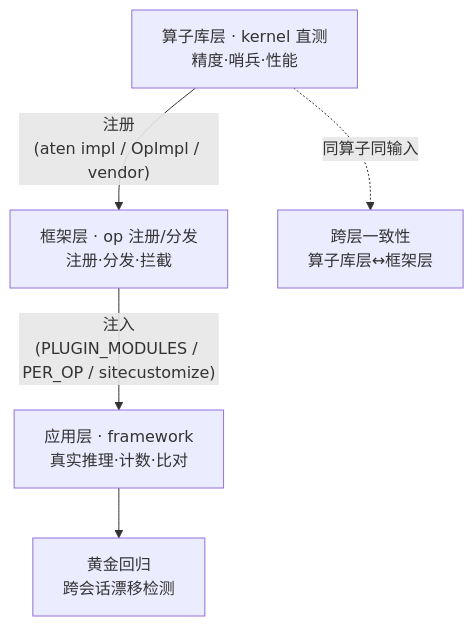
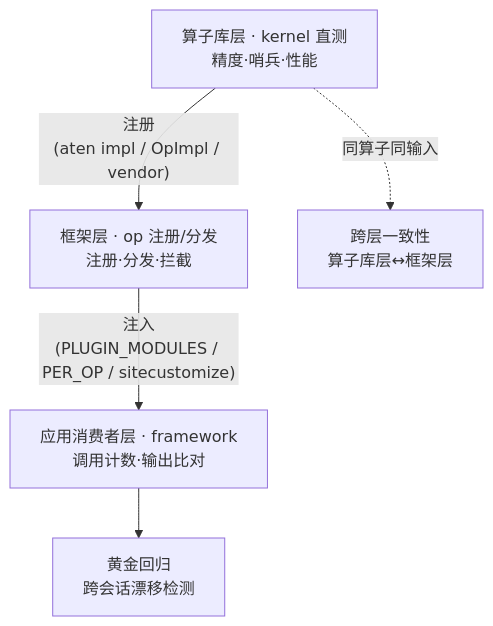
The diagram in docs/testing.md (FLAG-OP/FlagOS-OP), drawn with Mermaid before and after one commit. The commit also changed other lines of this file and 81 other files, not shown here.

````diff
--- a/docs/testing.md
+++ b/docs/testing.md
@@ -28,7 +28,7 @@
 ```mermaid
 flowchart TD
     K["算子库层 · kernel 直测<br/>精度·哨兵·性能"] -->|"注册<br/>(aten impl / OpImpl / vendor)"| O["框架层 · op 注册/分发<br/>注册·分发·拦截"]
-    O -->|"注入<br/>(PLUGIN_MODULES / PER_OP / sitecustomize)"| F["应用层 · framework<br/>真实推理·计数·比对"]
+    O -->|"注入<br/>(PLUGIN_MODULES / PER_OP / sitecustomize)"| F["应用消费者层 · framework<br/>调用计数·输出比对"]
     F --> G["黄金回归<br/>跨会话漂移检测"]
     K -.->|"同算子同输入"| C["跨层一致性<br/>算子库层↔框架层"]
 ```
````
